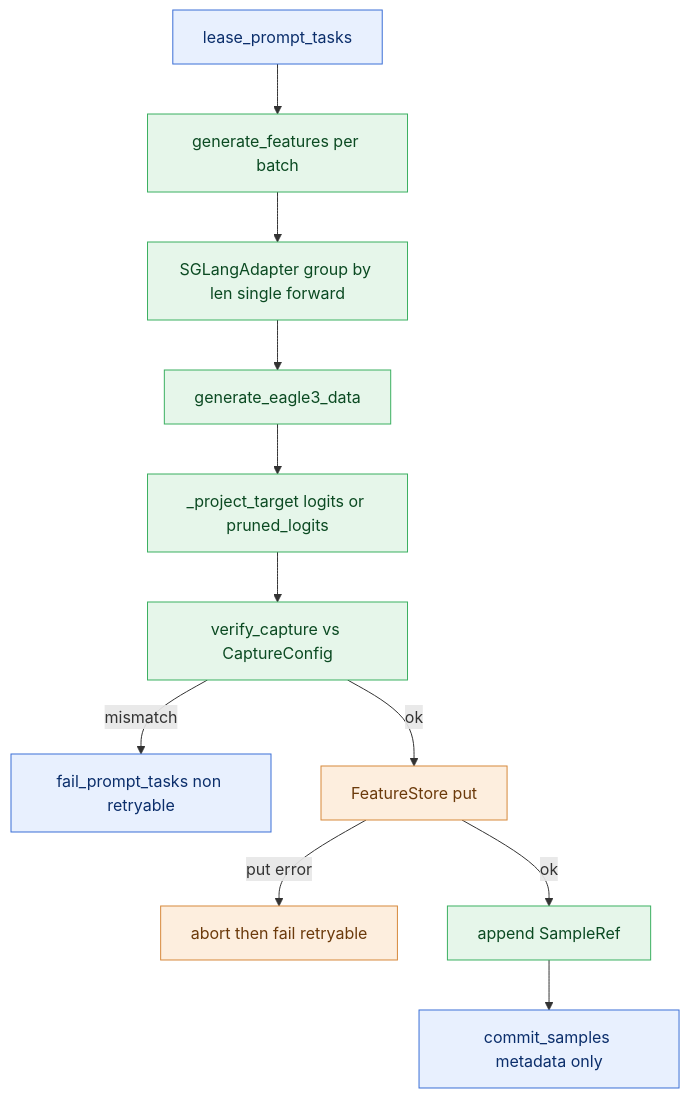
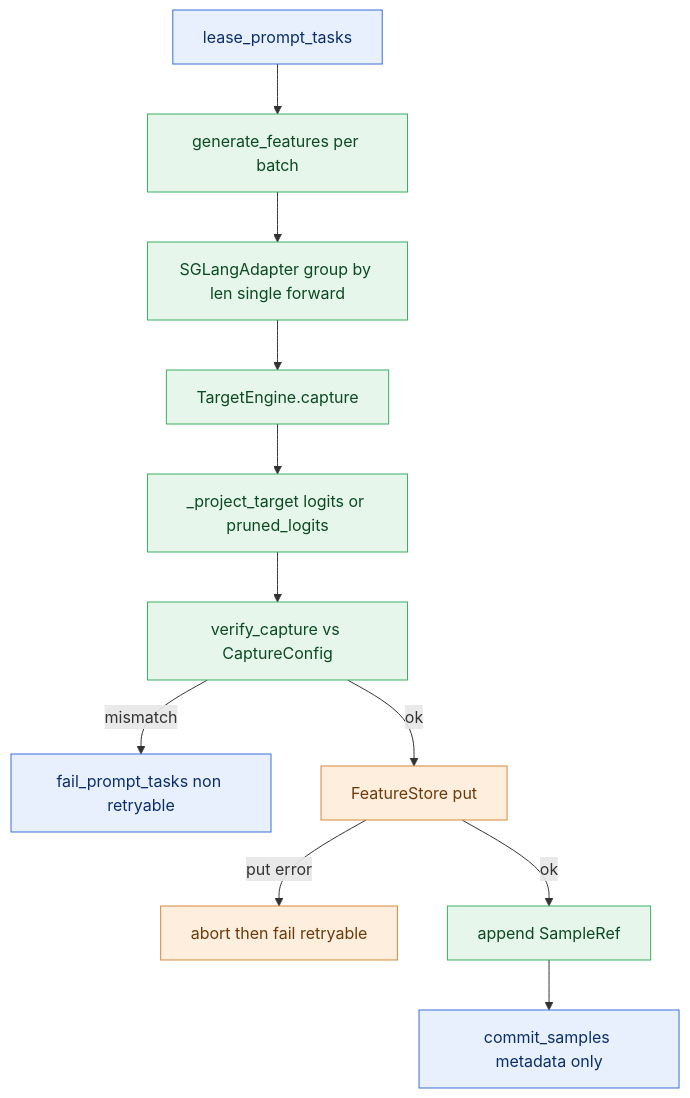
The diagram in specforge/runtime/inference/DESIGN.md (sgl-project/SpecForge), drawn with Mermaid before and after one commit. The commit also changed other lines of this file and 8 other files, not shown here.

First line of the commit message:
[DataFlow runtime] Phase B4 — adopt the de-EAGLE3 surface (cutover + docs + gate)

````diff
--- a/specforge/runtime/inference/DESIGN.md
+++ b/specforge/runtime/inference/DESIGN.md
@@ -14,22 +14,22 @@
 ```mermaid
 flowchart TD
   classDef compute fill:#e6f6ea,stroke:#3bb061,color:#0b4a22;
   classDef control fill:#e8f0fe,stroke:#3b6fd6,color:#0b2e6b;
   classDef data fill:#fdeede,stroke:#d6893b,color:#6b3a0b;
 
   A[lease_prompt_tasks] --> B[generate_features per batch]
   B --> C[SGLangAdapter group by len single forward]
-  C --> D[generate_eagle3_data]
+  C --> D[TargetEngine.capture]
   D --> E[_project_target logits or pruned_logits]
   E --> F[verify_capture vs CaptureConfig]
   F -->|mismatch| G[fail_prompt_tasks non retryable]
   F -->|ok| H[FeatureStore put]
   H -->|put error| I[abort then fail retryable]
   H -->|ok| J[append SampleRef]
   J --> K[commit_samples metadata only]
 
   class A,K control;
   class B,C,D,E,F,J compute;
   class H,I data;
   class G control;
 ```
````
